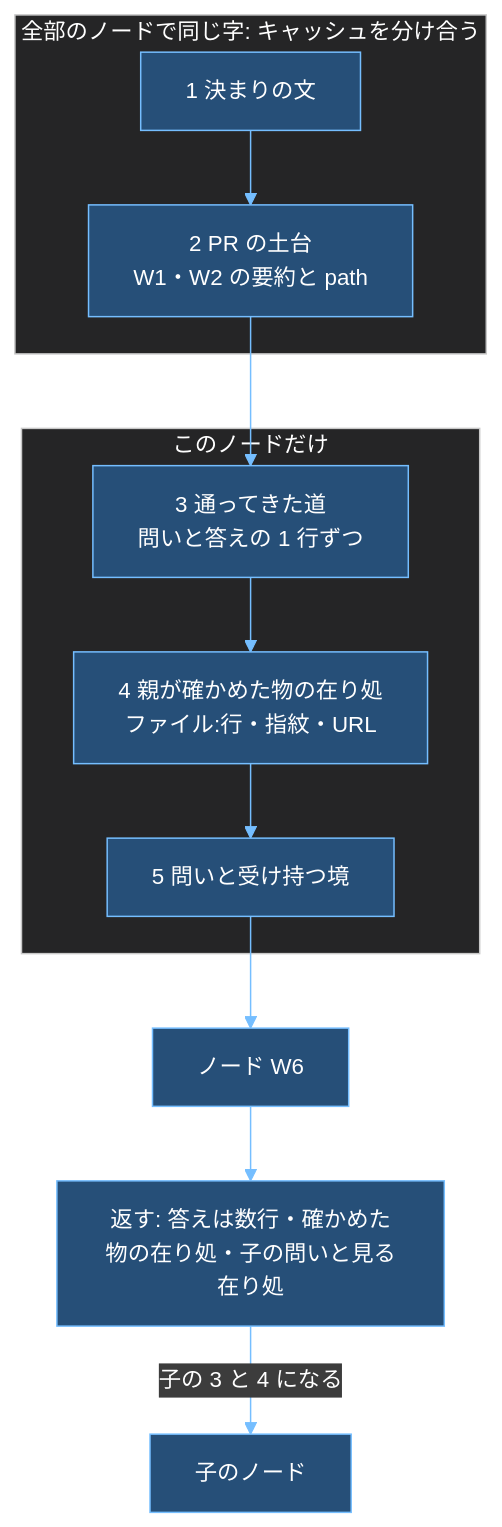
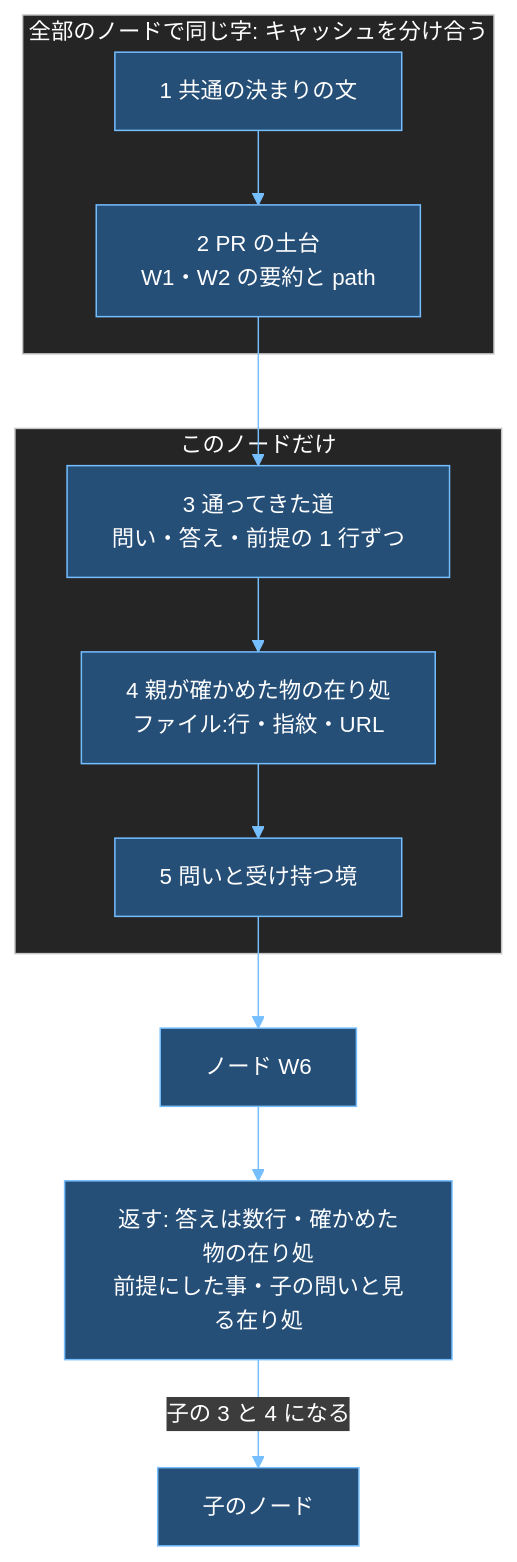
Before and after one commit to raiki61/claude-plugins: the fifth of 6 diagrams in attention/docs/my-turn-workflow-design.md, drawn with Mermaid. The commit also changed other lines of this file and 10 other files, not shown here.

````diff
--- a/attention/docs/my-turn-workflow-design.md
+++ b/attention/docs/my-turn-workflow-design.md
@@ -171,14 +277,14 @@
 ```mermaid
 %%{init: {"theme":"base","themeVariables":{"darkMode":true,"background":"#1e1e1e","fontSize":"15px","primaryColor":"#264f78","primaryTextColor":"#ffffff","primaryBorderColor":"#75beff","secondaryColor":"#3a3d41","tertiaryColor":"#2d2d30","lineColor":"#75beff","textColor":"#f0f0f0","titleColor":"#ffffff","clusterBkg":"#252526","clusterBorder":"#c8c8c8","edgeLabelBackground":"#3c3c3c","nodeTextColor":"#ffffff","actorBkg":"#264f78","actorBorder":"#75beff","actorTextColor":"#ffffff","actorLineColor":"#c8c8c8","signalColor":"#75beff","signalTextColor":"#f0f0f0","noteBkgColor":"#5c4b00","noteTextColor":"#ffffff","noteBorderColor":"#d7ba7d","labelBoxBkgColor":"#264f78","labelTextColor":"#ffffff","loopTextColor":"#f0f0f0","sequenceNumberColor":"#ffffff"}}}%%
 flowchart TB
   subgraph SAME["全部のノードで同じ字: キャッシュを分け合う"]
-    R1["1 決まりの文"] --> R2["2 PR の土台<br/>W1・W2 の要約と path"]
+    R1["1 共通の決まりの文"] --> R2["2 PR の土台<br/>W1・W2 の要約と path"]
   end
   subgraph OWN["このノードだけ"]
-    R3["3 通ってきた道<br/>問いと答えの 1 行ずつ"] --> R4["4 親が確かめた物の在り処<br/>ファイル:行・指紋・URL"] --> R5["5 問いと受け持つ境"]
+    R3["3 通ってきた道<br/>問い・答え・前提の 1 行ずつ"] --> R4["4 親が確かめた物の在り処<br/>ファイル:行・指紋・URL"] --> R5["5 問いと受け持つ境"]
   end
   R2 --> R3
   R5 --> N["ノード W6"]
-  N --> RET["返す: 答えは数行・確かめた物の在り処・子の問いと見る在り処"]
+  N --> RET["返す: 答えは数行・確かめた物の在り処<br/>前提にした事・子の問いと見る在り処"]
   RET -->|子の 3 と 4 になる| CH["子のノード"]
 ```
````
